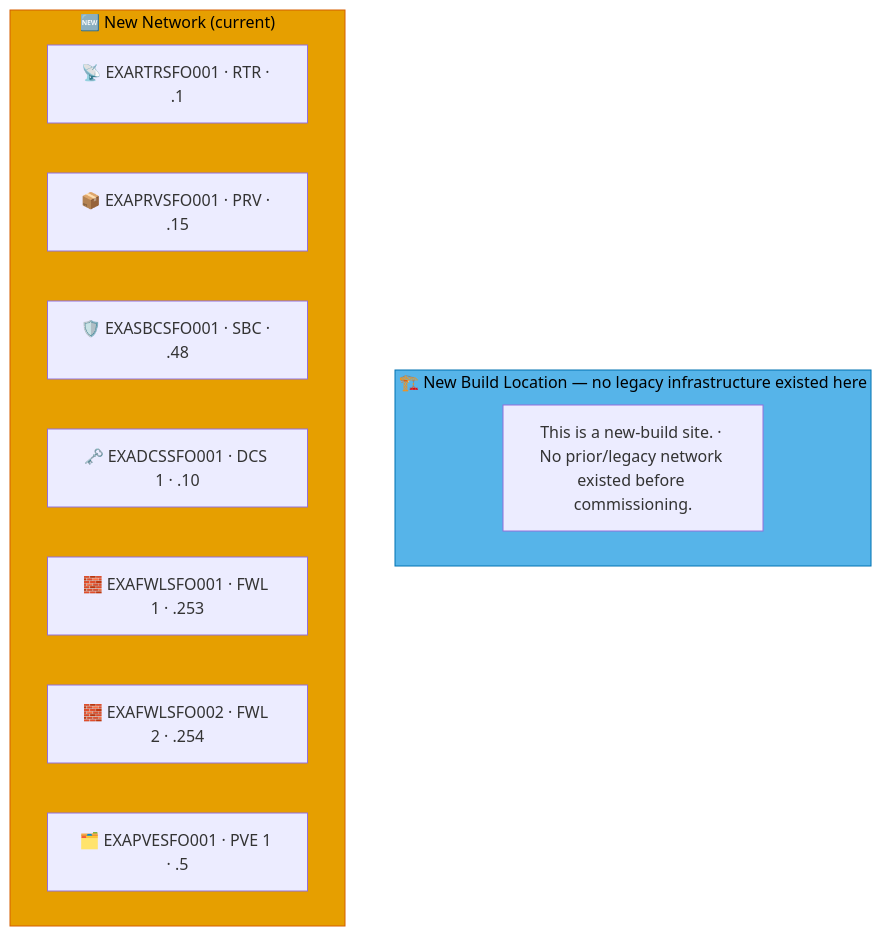
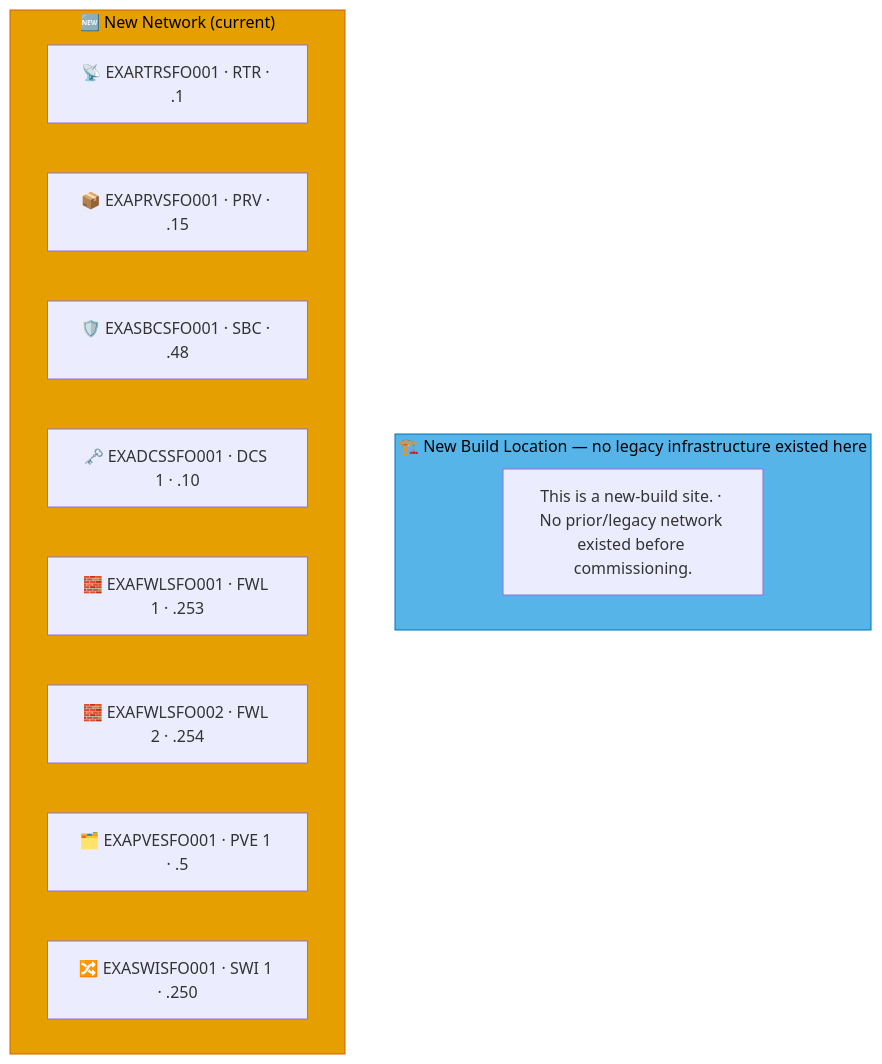
Before and after one commit to knightmare2600/example_music_infra: the eighth of 8 diagrams in docs/network-diagram/united-states.md, drawn with Mermaid. The commit also changed other lines of this file and 12 other files, not shown here.

````diff
--- a/docs/network-diagram/united-states.md
+++ b/docs/network-diagram/united-states.md
@@ -359,19 +365,20 @@
 ```mermaid
 graph TD
     subgraph OLD_SFO ["🏗️ New Build Location — no legacy infrastructure existed here"]
       N_OLD_NOTE["This is a new-build site. · No prior/legacy network existed before commissioning."]
     end
     style OLD_SFO fill:#56B4E9,stroke:#0072B2,color:#000000
     %% GENERATED:NEW-NETWORK:SFO:START
     subgraph NEW_SFO ["🆕 New Network (current)"]
       N_RTR["📡 EXARTRSFO001 · RTR · .1"]
       N_PRV["📦 EXAPRVSFO001 · PRV · .15"]
       N_SBC["🛡️ EXASBCSFO001 · SBC · .48"]
       N_DCS["🗝️ EXADCSSFO001 · DCS 1 · .10"]
       N_FWL["🧱 EXAFWLSFO001 · FWL 1 · .253"]
       N_FWL2["🧱 EXAFWLSFO002 · FWL 2 · .254"]
       N_PVE["🗂️ EXAPVESFO001 · PVE 1 · .5"]
+      N_SWI["🔀 EXASWISFO001 · SWI 1 · .250"]
     end
     style NEW_SFO fill:#E69F00,stroke:#D55E00,color:#000000
     %% GENERATED:NEW-NETWORK:SFO:END
 ```
````
